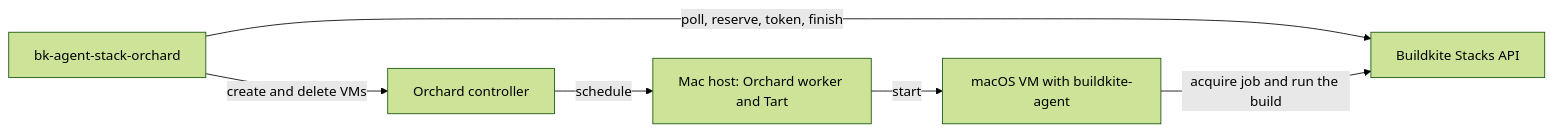
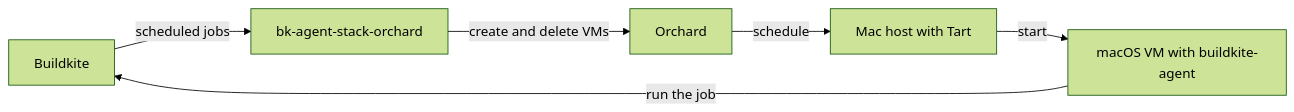
The diagram in README.md (joshwrightcodes/bk-agent-stack-orchard), drawn with Mermaid (forest theme) before and after one commit. The commit also changed other lines of this file and 5 other files, not shown here.

````diff
--- a/README.md
+++ b/README.md
@@ -64,13 +27,8 @@
 ```mermaid
 flowchart LR
-    BK[Buildkite Stacks API]
-    C[bk-agent-stack-orchard]
-    O[Orchard controller]
-    W[Mac host: Orchard worker and Tart]
-    VM[macOS VM with buildkite-agent]
-    C -- poll, reserve, token, finish --> BK
-    C -- create and delete VMs --> O
-    O -- schedule --> W
-    W -- start --> VM
-    VM -- acquire job and run the build --> BK
+    BK[Buildkite] -- scheduled jobs --> C[bk-agent-stack-orchard]
+    C -- create and delete VMs --> O[Orchard]
+    O -- schedule --> W[Mac host with Tart]
+    W -- start --> VM[macOS VM with buildkite-agent]
+    VM -- run the job --> BK
 ```
````
